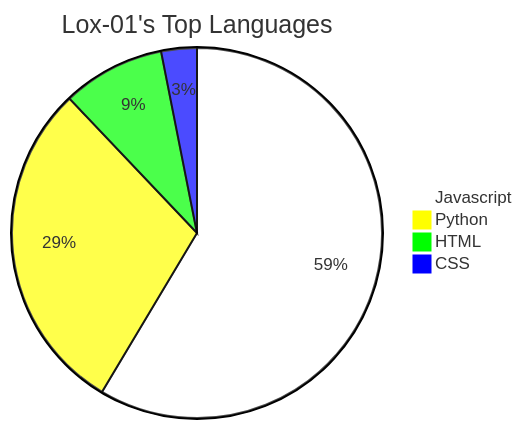
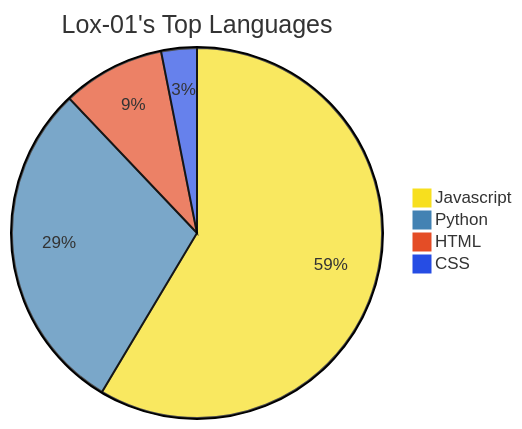
The diagram in README.md (Lox-01/Lox-01), drawn with Mermaid before and after one commit.

````diff
--- a/README.md
+++ b/README.md
@@ -13,9 +13,9 @@
 ```mermaid
-%%{init: {'theme': 'base', 'themeVariables': { 'pie1': '#FFFFFF', 'pie2': '#FFFF00', 'pie3': '#00FF00', 'pie4': '#0000FF'}}}%%
+%%{init: {'theme': 'base', 'themeVariables': { 'pie1': '#f7df1e', 'pie2': '#4382b3', 'pie3': '#e44d26', 'pie4': '#264de4'}}}%%
 pie
     title Lox-01's Top Languages
     "Javascript" : 58.57
     "Python" : 29.34
     "HTML" : 8.97
     "CSS" : 3.11
 ```
````
